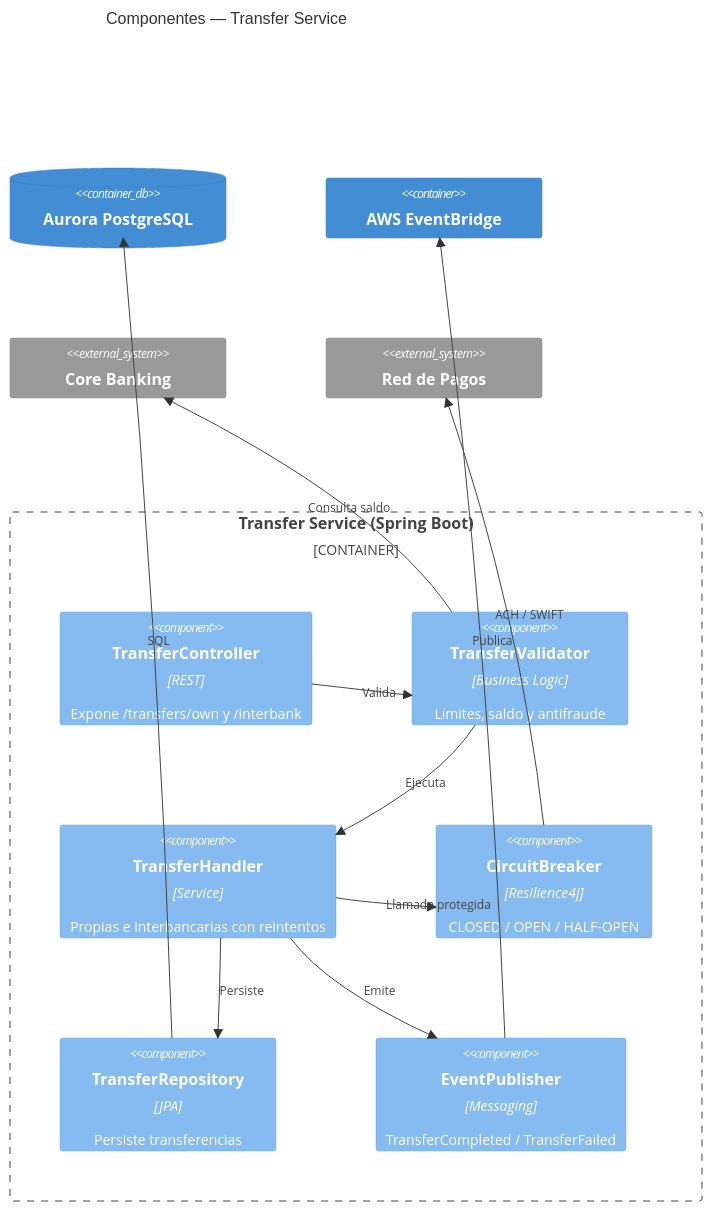
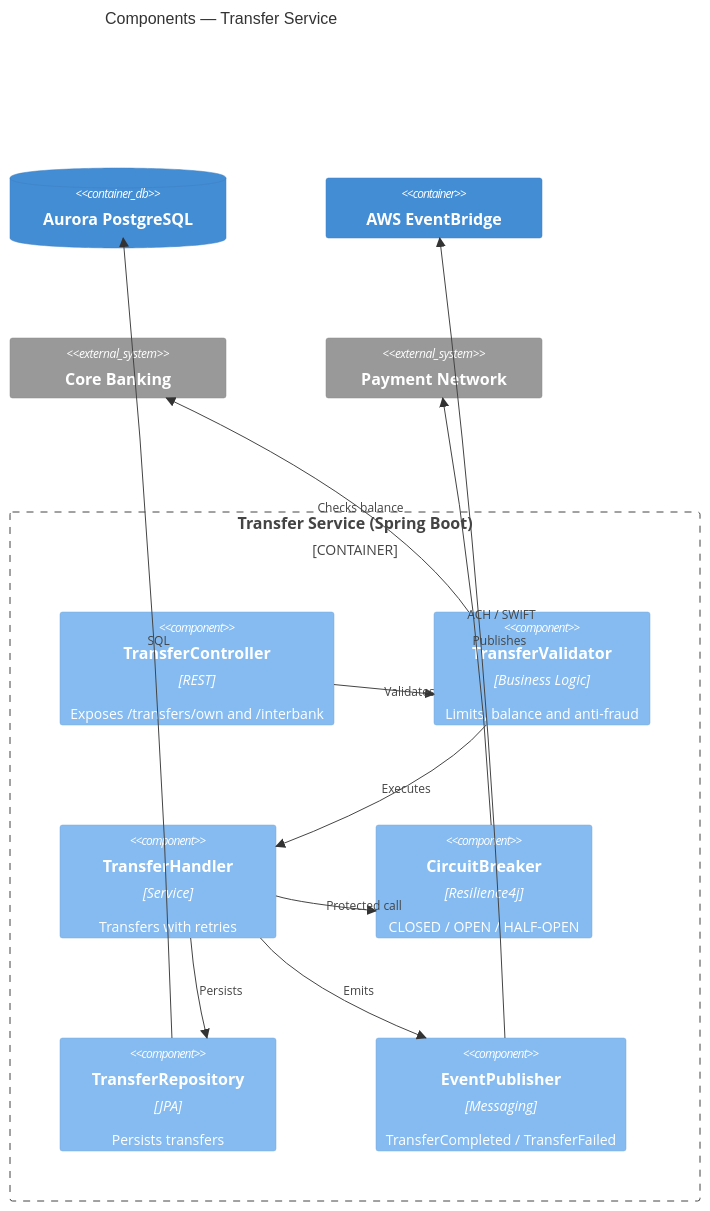
Before and after one commit to DavidVique1998/CV: the third of 11 diagrams in docs/origin/BP_BANKING_ARCHITECTURE.md, drawn with Mermaid. The commit also changed other lines of this file and 1 other file, not shown here.

Commit message:
docs: simplify BP_BANKING_ARCHITECTURE — group external systems, compact diagrams, horizontal PKCE flow

````diff
--- a/docs/origin/BP_BANKING_ARCHITECTURE.md
+++ b/docs/origin/BP_BANKING_ARCHITECTURE.md
@@ -118,28 +107,28 @@
 ```mermaid
 C4Component
-  title Componentes — Transfer Service
+  title Components — Transfer Service
 
   Container_Boundary(transfer_svc, "Transfer Service (Spring Boot)") {
-    Component(ctrl, "TransferController", "REST", "Expone /transfers/own y /interbank")
-    Component(validator, "TransferValidator", "Business Logic", "Límites, saldo y antifraude")
-    Component(handler, "TransferHandler", "Service", "Propias e interbancarias con reintentos")
+    Component(ctrl, "TransferController", "REST", "Exposes /transfers/own and /interbank")
+    Component(validator, "TransferValidator", "Business Logic", "Limits, balance and anti-fraud")
+    Component(handler, "TransferHandler", "Service", "Transfers with retries")
     Component(circuit_breaker, "CircuitBreaker", "Resilience4j", "CLOSED / OPEN / HALF-OPEN")
-    Component(transfer_repo, "TransferRepository", "JPA", "Persiste transferencias")
+    Component(transfer_repo, "TransferRepository", "JPA", "Persists transfers")
     Component(event_publisher, "EventPublisher", "Messaging", "TransferCompleted / TransferFailed")
   }
 
   ContainerDb(ops_db, "Aurora PostgreSQL")
   Container(event_bus, "AWS EventBridge")
   System_Ext(core, "Core Banking")
-  System_Ext(payments, "Red de Pagos")
+  System_Ext(payments, "Payment Network")
 
-  Rel(ctrl, validator, "Valida")
-  Rel(validator, core, "Consulta saldo")
-  Rel(validator, handler, "Ejecuta")
-  Rel(handler, circuit_breaker, "Llamada protegida")
+  Rel(ctrl, validator, "Validates")
+  Rel(validator, core, "Checks balance")
+  Rel(validator, handler, "Executes")
+  Rel(handler, circuit_breaker, "Protected call")
   Rel(circuit_breaker, payments, "ACH / SWIFT")
-  Rel(handler, transfer_repo, "Persiste")
+  Rel(handler, transfer_repo, "Persists")
   Rel(transfer_repo, ops_db, "SQL")
-  Rel(handler, event_publisher, "Emite")
-  Rel(event_publisher, event_bus, "Publica")
+  Rel(handler, event_publisher, "Emits")
+  Rel(event_publisher, event_bus, "Publishes")
 ```
````
